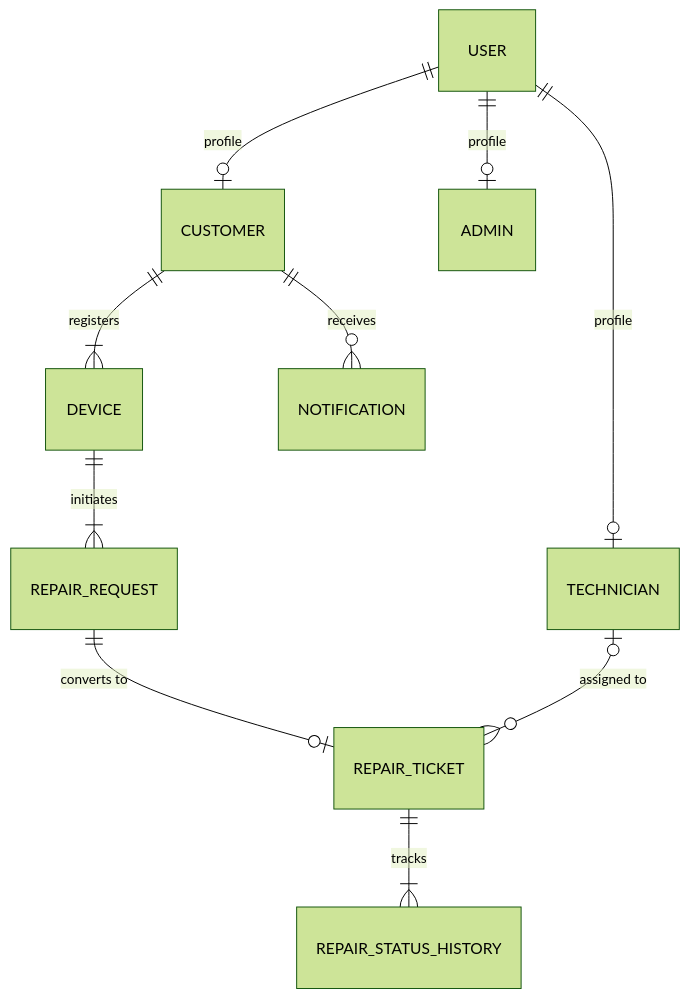
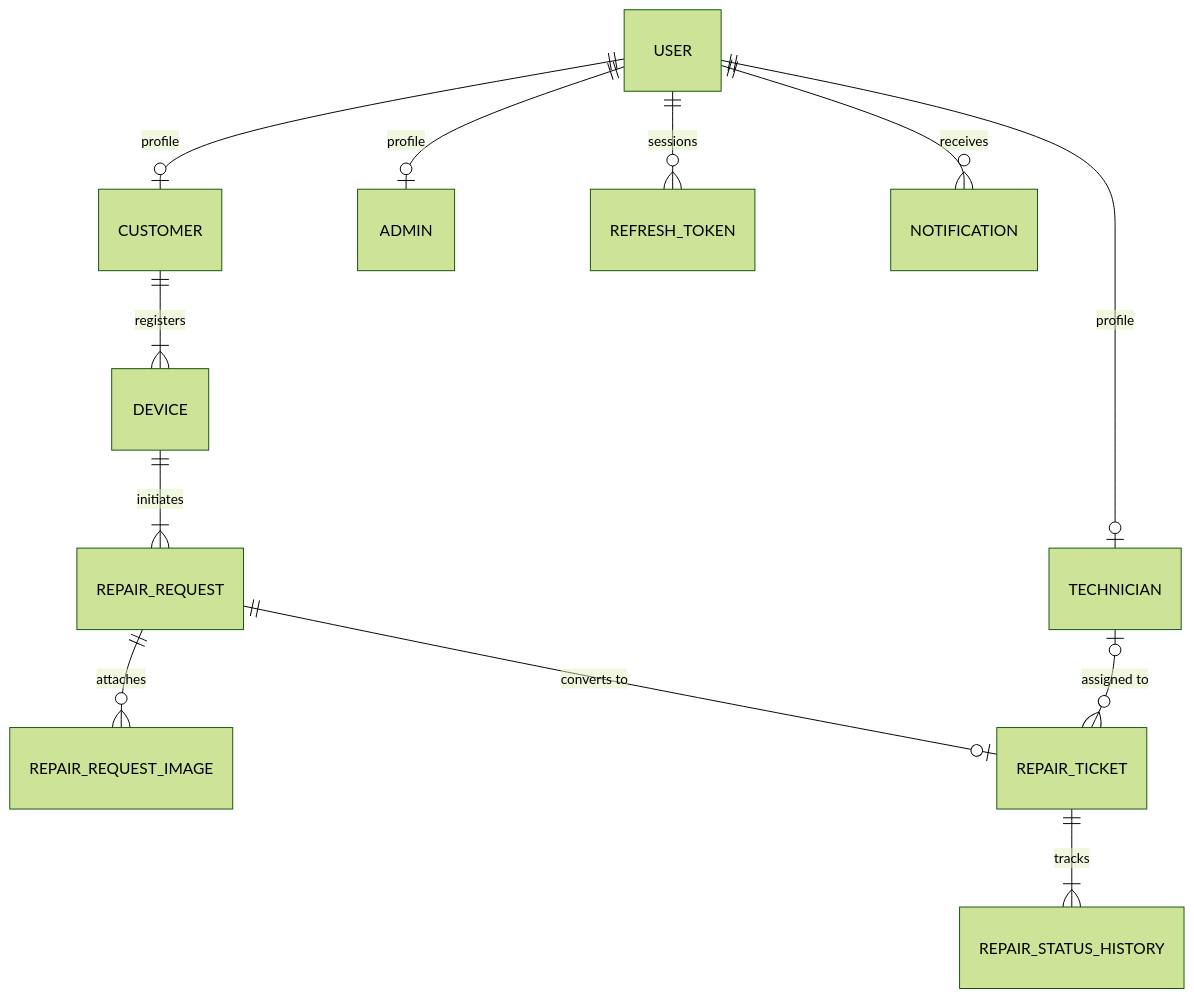
One commit to AmrAssal-AkA/FanniTech changed the third of 5 diagrams in README.md. Above: the diagram before and after it, drawn with Mermaid (forest theme). The commit also changed other lines of this file and 12 other files, not shown here.

````diff
--- a/README.md
+++ b/README.md
@@ -105,13 +126,15 @@
 ```mermaid
 erDiagram
     USER ||--o| CUSTOMER : "profile"
     USER ||--o| ADMIN : "profile"
     USER ||--o| TECHNICIAN : "profile"
+    USER ||--o{ REFRESH_TOKEN : "sessions"
+    USER ||--o{ NOTIFICATION : "receives"
 
     CUSTOMER ||--|{ DEVICE : "registers"
-    CUSTOMER ||--o{ NOTIFICATION : "receives"
     DEVICE ||--|{ REPAIR_REQUEST : "initiates"
+    REPAIR_REQUEST ||--o{ REPAIR_REQUEST_IMAGE : "attaches"
     REPAIR_REQUEST ||--o| REPAIR_TICKET : "converts to"
     TECHNICIAN o|--o{ REPAIR_TICKET : "assigned to"
     REPAIR_TICKET ||--|{ REPAIR_STATUS_HISTORY : "tracks"
 ```
````
